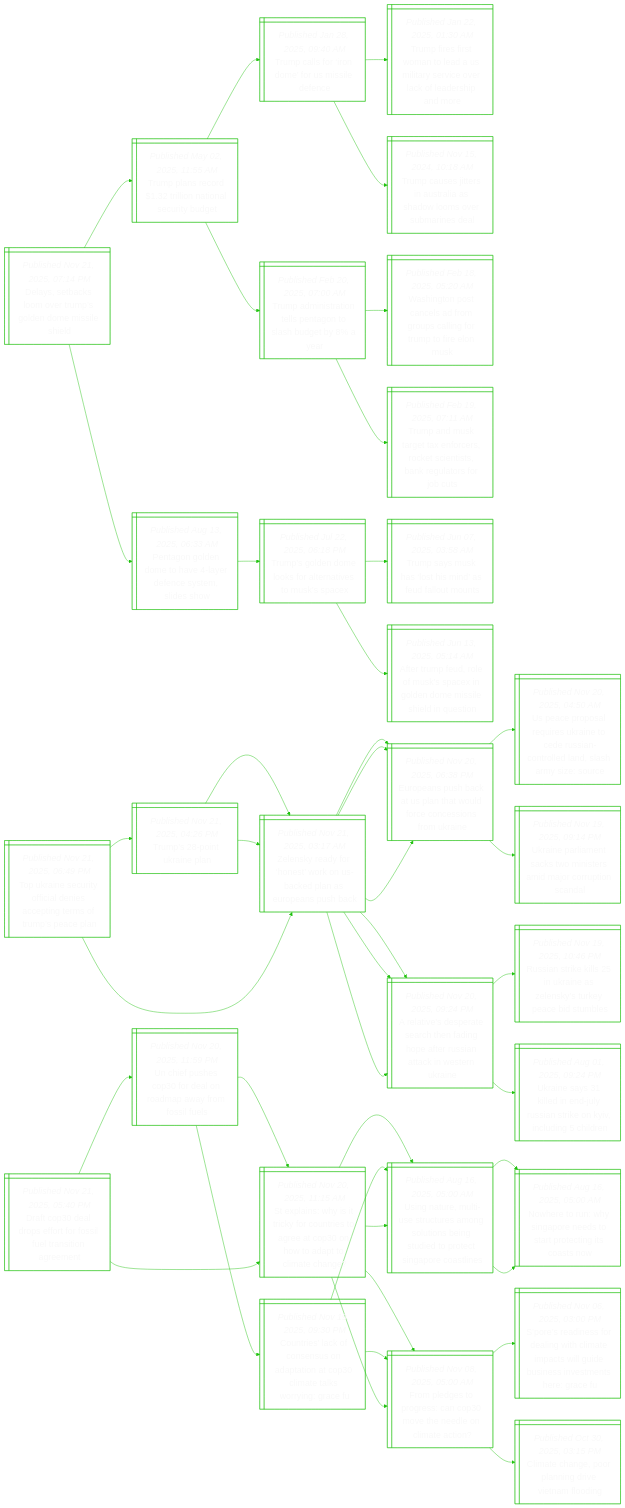
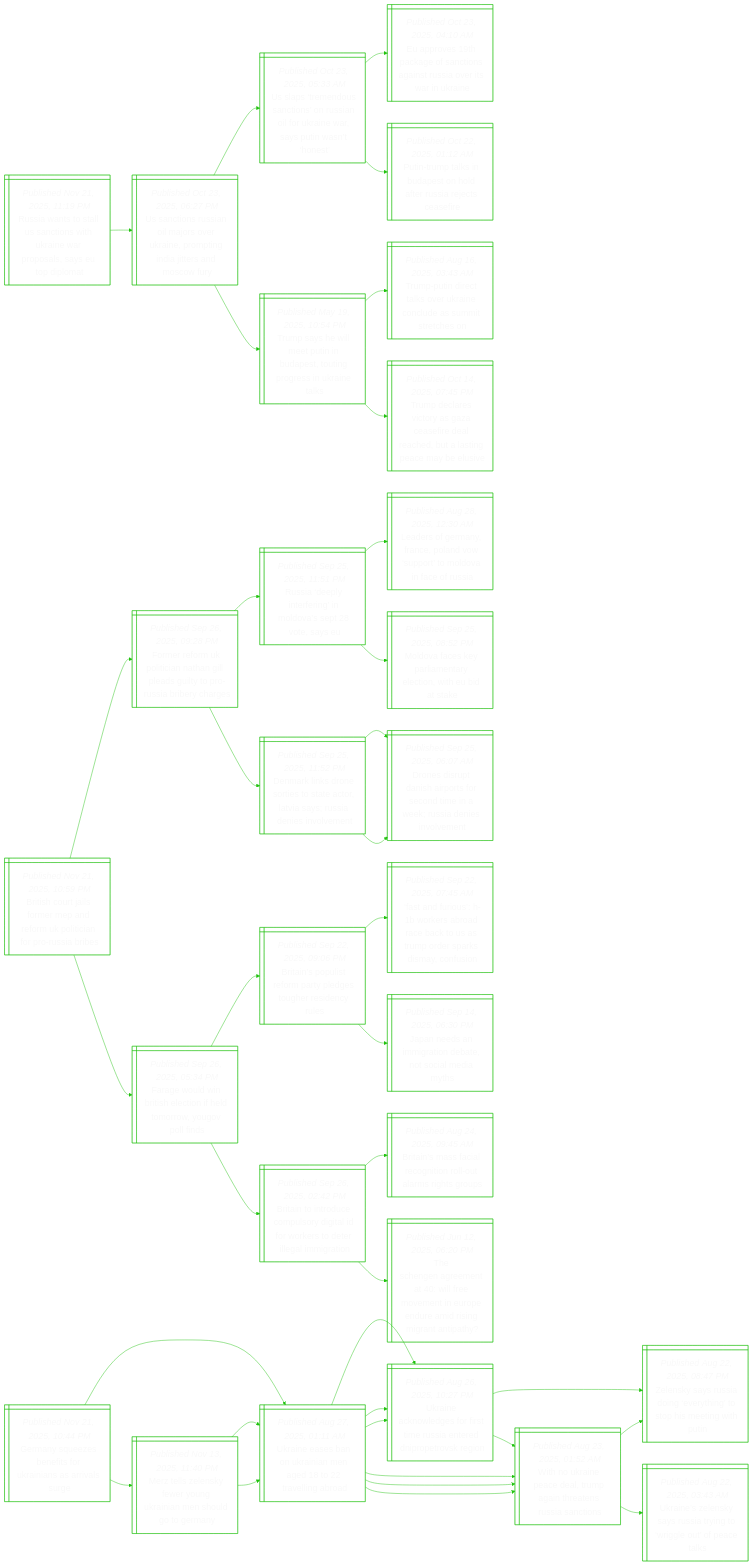
Before and after one commit to notJmes/notJmes: the diagram in README.md, drawn with Mermaid. The commit also changed other lines of this file, not shown here.

````diff
--- a/README.md
+++ b/README.md
@@ -16,133 +16,121 @@
 flowchart LR
 classDef txtsize font-size:20px;
 
-Dsaoemlossd@{ shape: win-pane, label: "_Published Nov 21, 2025, 07:14 PM_
-Delays, setbacks loom over trump’s golden dome missile shield" }
-Tprdlaaubt@{ shape: win-pane, label: "_Published May 02, 2025, 11:55 AM_
-Trump plans record $1.32 trillion national security budget" }
-TcfoeSif@{ shape: win-pane, label: "_Published Jan 28, 2025, 09:40 AM_
-Trump calls for ‘iron dome’ for us missile defence" }
-Tffwtdirvvcesne@{ shape: win-pane, label: "_Published Jan 22, 2025, 01:30 AM_
-Trump fires first woman to lead a us military service over lack of leadership and more" }
-TcseAasomras@{ shape: win-pane, label: "_Published Nov 15, 2024, 10:18 AM_
-Trump causes jitters in australia as shadow looms over submarines deal" }
-Taiteeoluba@{ shape: win-pane, label: "_Published Feb 20, 2025, 07:00 AM_
-Trump administration tells pentagon to slash budget by 8% a year" }
-WnPasoulfufls@{ shape: win-pane, label: "_Published Feb 18, 2025, 05:20 AM_
-Washington post cancels ad from groups calling for trump to fire elon musk" }
-Tasgxrrtnsrafb@{ shape: win-pane, label: "_Published Feb 19, 2025, 07:11 AM_
-Trump and musk target tax enforcers, rocket scientists, bank regulators for job cuts" }
-Pglohaeeedo@{ shape: win-pane, label: "_Published Aug 13, 2025, 06:33 AM_
-Pentagon golden dome to have 4-layer defence system, slides show" }
-Tseeslassa@{ shape: win-pane, label: "_Published Jul 22, 2025, 06:18 PM_
-Trump’s golden dome looks for alternatives to musk’s spacex" }
-Tsushnelms@{ shape: win-pane, label: "_Published Jun 07, 2025, 03:58 AM_
-Trump says musk has ‘lost his mind’ as feud fallout mounts" }
-ATfoMSXlossden@{ shape: win-pane, label: "_Published Jun 13, 2025, 05:14 AM_
-After trump feud, role of musk's spacex in golden dome missile shield in question" }
+Rasasiirwolspo@{ shape: win-pane, label: "_Published Nov 21, 2025, 11:19 PM_
+Russia wants to stall us sanctions with ukraine war proposals, says eu top diplomat" }
+Ucsilrrionitncr@{ shape: win-pane, label: "_Published Oct 23, 2025, 06:27 PM_
+Us sanctions russian oil majors over ukraine, prompting india jitters and moscow fury" }
+UpmucssorirPwht@{ shape: win-pane, label: "_Published Oct 23, 2025, 05:33 AM_
+Us slaps ‘tremendous sanctions’ on russian oil for ukraine war, says putin wasn’t ‘honest’" }
+ErtkftassewUn@{ shape: win-pane, label: "_Published Oct 23, 2025, 04:10 AM_
+Eu approves 19th package of sanctions against russia over its war in ukraine" }
+PTtiaodrieei@{ shape: win-pane, label: "_Published Oct 22, 2025, 01:12 AM_
+Putin-trump talks in budapest on hold after russia rejects ceasefire" }
+Tsemunpogrnil@{ shape: win-pane, label: "_Published May 19, 2025, 10:54 PM_
+Trump says he will meet putin in budapest, touting progress in ukraine talks" }
+TPdtsUncamre@{ shape: win-pane, label: "_Published Aug 16, 2025, 03:43 AM_
+Trump-putin direct talks over ukraine conclude as summit stretches on" }
+Tdrcaaededlncbs@{ shape: win-pane, label: "_Published Oct 14, 2025, 07:45 PM_
+Trump declares victory as gaza ceasefire deal reached, but a lasting peace may be elusive" }
 
-Dsaoemlossd:::txtsize --> Tprdlaaubt:::txtsize
-Tprdlaaubt:::txtsize --> TcfoeSif:::txtsize
-TcfoeSif:::txtsize --> Tffwtdirvvcesne:::txtsize
-TcfoeSif:::txtsize --> TcseAasomras:::txtsize
-Tprdlaaubt:::txtsize --> Taiteeoluba:::txtsize
-Taiteeoluba:::txtsize --> WnPasoulfufls:::txtsize
-Taiteeoluba:::txtsize --> Tasgxrrtnsrafb:::txtsize
-Dsaoemlossd:::txtsize --> Pglohaeeedo:::txtsize
-Pglohaeeedo:::txtsize --> Tseeslassa:::txtsize
-Tseeslassa:::txtsize --> Tsushnelms:::txtsize
-Tseeslassa:::txtsize --> ATfoMSXlossden:::txtsize
+Rasasiirwolspo:::txtsize --> Ucsilrrionitncr:::txtsize
+Ucsilrrionitncr:::txtsize --> UpmucssorirPwht:::txtsize
+UpmucssorirPwht:::txtsize --> ErtkftassewUn:::txtsize
+UpmucssorirPwht:::txtsize --> PTtiaodrieei:::txtsize
+Ucsilrrionitncr:::txtsize --> Tsemunpogrnil:::txtsize
+Tsemunpogrnil:::txtsize --> TPdtsUncamre:::txtsize
+Tsemunpogrnil:::txtsize --> Tdrcaaededlncbs:::txtsize
 
-Trsifleegsuel@{ shape: win-pane, label: "_Published Nov 21, 2025, 06:49 PM_
-Top ukraine security official denies accepting terms of trump’s peace plan" }
-Tstia@{ shape: win-pane, label: "_Published Nov 21, 2025, 04:26 PM_
-Trump’s 28-point ukraine plan" }
-Zsarskbdaosb@{ shape: win-pane, label: "_Published Nov 21, 2025, 03:17 AM_
-Zelensky ready for ‘honest’ work on us-backed plan as europeans push back" }
-EeucStooosfke@{ shape: win-pane, label: "_Published Nov 20, 2025, 06:38 PM_
-Europeans push back at us plan that would force concessions from ukraine" }
-Atdretahfunceni@{ shape: win-pane, label: "_Published Nov 20, 2025, 09:24 PM_
-A relative’s desperate search then fading hope after russian attack in western ukraine" }
-Zsarskbdaosb@{ shape: win-pane, label: "_Published Nov 21, 2025, 03:17 AM_
-Zelensky ready for ‘honest’ work on us-backed plan as europeans push back" }
-EeucStooosfke@{ shape: win-pane, label: "_Published Nov 20, 2025, 06:38 PM_
-Europeans push back at us plan that would force concessions from ukraine" }
-Atdretahfunceni@{ shape: win-pane, label: "_Published Nov 20, 2025, 09:24 PM_
-A relative’s desperate search then fading hope after russian attack in western ukraine" }
-Zsarskbdaosb@{ shape: win-pane, label: "_Published Nov 21, 2025, 03:17 AM_
-Zelensky ready for ‘honest’ work on us-backed plan as europeans push back" }
-EeucStooosfke@{ shape: win-pane, label: "_Published Nov 20, 2025, 06:38 PM_
-Europeans push back at us plan that would force concessions from ukraine" }
-UcprrrteinlnsySe@{ shape: win-pane, label: "_Published Nov 20, 2025, 04:50 AM_
-Us peace proposal requires ukraine to cede russian-controlled land, slash army size: source" }
-Unlnkmtmjria@{ shape: win-pane, label: "_Published Nov 19, 2025, 09:14 PM_
-Ukraine parliament sacks two ministers amid major corruption scandal" }
-Atdretahfunceni@{ shape: win-pane, label: "_Published Nov 20, 2025, 09:24 PM_
-A relative’s desperate search then fading hope after russian attack in western ukraine" }
-RailUnekreim@{ shape: win-pane, label: "_Published Nov 19, 2025, 10:46 PM_
-Russian strike kills 25 in ukraine as zelensky’s turkey peace bid stumbles" }
-Unsenyirnidhe@{ shape: win-pane, label: "_Published Aug 01, 2025, 09:24 PM_
-Ukraine says 31 killed in end-july russian strike on kyiv, including 5 children" }
+BsrlmPeUiapsr@{ shape: win-pane, label: "_Published Nov 21, 2025, 10:59 PM_
+British court jails former mep and reform uk politician for pro-russia bribes" }
+FrrocaGlgyoibhs@{ shape: win-pane, label: "_Published Sep 26, 2025, 09:28 PM_
+Former reform uk politician nathan gill  pleads guilty to pro-russia bribery charges" }
+RaleiMvpeE@{ shape: win-pane, label: "_Published Sep 25, 2025, 11:51 PM_
+Russia ‘deeply interfering’ in moldova’s sept 28 vote, says eu" }
+LreycawoMvaRa@{ shape: win-pane, label: "_Published Aug 28, 2025, 12:30 AM_
+Leaders of germany, france, poland vow ‘support’ to moldova in face of russia" }
+MvepaaenEak@{ shape: win-pane, label: "_Published Sep 25, 2025, 08:52 PM_
+Moldova faces key parliamentary election, with eu bid at stake" }
+Drkntoerisiivm@{ shape: win-pane, label: "_Published Sep 25, 2025, 11:52 PM_
+Denmark links drone sorties to state actor, latvia says; russia denies involvement" }
+Dsunitsdiesnne@{ shape: win-pane, label: "_Published Sep 25, 2025, 06:07 AM_
+Drones disrupt danish airports for second time in a week; russia denies involvement" }
+Dsunitsdiesnne@{ shape: win-pane, label: "_Published Sep 25, 2025, 06:07 AM_
+Drones disrupt danish airports for second time in a week; russia denies involvement" }
+Fedrhtftruon@{ shape: win-pane, label: "_Published Sep 26, 2025, 05:34 PM_
+Farage would win british election if held tomorrow, yougov poll finds" }
+Biptrtdordr@{ shape: win-pane, label: "_Published Sep 22, 2025, 09:06 PM_
+Britain’s populist reform party pledges tougher residency rules" }
+FniBeracSudaics@{ shape: win-pane, label: "_Published Sep 22, 2025, 07:45 AM_
+‘fast and furious’: h-1b workers abroad race back to us as trump order sparks dismay, confusion" }
+Jnaiiboidt@{ shape: win-pane, label: "_Published Sep 14, 2025, 06:30 PM_
+Japan needs an immigration debate, not social media myths" }
+BinumogIwrellgo@{ shape: win-pane, label: "_Published Sep 26, 2025, 02:42 PM_
+Britain to introduce compulsory digital id for workers to deter illegal immigration" }
+Bisictotmho@{ shape: win-pane, label: "_Published Aug 24, 2025, 09:45 AM_
+Britain’s mass facial recognition roll-out alarms rights groups" }
+ThnealmeEerdnrnt@{ shape: win-pane, label: "_Published Jun 12, 2025, 06:20 PM_
+The schengen agreement at 40: will free movement in europe endure amid rising migrant antipathy?" }
 
-Trsifleegsuel:::txtsize --> Tstia:::txtsize
-Tstia:::txtsize --> Zsarskbdaosb:::txtsize
-Zsarskbdaosb:::txtsize --> EeucStooosfke:::txtsize
-Zsarskbdaosb:::txtsize --> Atdretahfunceni:::txtsize
-Tstia:::txtsize --> Zsarskbdaosb:::txtsize
-Zsarskbdaosb:::txtsize --> EeucStooosfke:::txtsize
-Zsarskbdaosb:::txtsize --> Atdretahfunceni:::txtsize
-Trsifleegsuel:::txtsize --> Zsarskbdaosb:::txtsize
-Zsarskbdaosb:::txtsize --> EeucStooosfke:::txtsize
-EeucStooosfke:::txtsize --> UcprrrteinlnsySe:::txtsize
-EeucStooosfke:::txtsize --> Unlnkmtmjria:::txtsize
-Zsarskbdaosb:::txtsize --> Atdretahfunceni:::txtsize
-Atdretahfunceni:::txtsize --> RailUnekreim:::txtsize
-Atdretahfunceni:::txtsize --> Unsenyirnidhe:::txtsize
+BsrlmPeUiapsr:::txtsize --> FrrocaGlgyoibhs:::txtsize
+FrrocaGlgyoibhs:::txtsize --> RaleiMvpeE:::txtsize
+RaleiMvpeE:::txtsize --> LreycawoMvaRa:::txtsize
+RaleiMvpeE:::txtsize --> MvepaaenEak:::txtsize
+FrrocaGlgyoibhs:::txtsize --> Drkntoerisiivm:::txtsize
+Drkntoerisiivm:::txtsize --> Dsunitsdiesnne:::txtsize
+Drkntoerisiivm:::txtsize --> Dsunitsdiesnne:::txtsize
+BsrlmPeUiapsr:::txtsize --> Fedrhtftruon:::txtsize
+Fedrhtftruon:::txtsize --> Biptrtdordr:::txtsize
+Biptrtdordr:::txtsize --> FniBeracSudaics:::txtsize
+Biptrtdordr:::txtsize --> Jnaiiboidt:::txtsize
+Fedrhtftruon:::txtsize --> BinumogIwrellgo:::txtsize
+BinumogIwrellgo:::txtsize --> Bisictotmho:::txtsize
+BinumogIwrellgo:::txtsize --> ThnealmeEerdnrnt:::txtsize
 
-DCaporilsne@{ shape: win-pane, label: "_Published Nov 21, 2025, 05:40 PM_
-Draft cop30 deal drops effort for fossil fuel transition agreement" }
-UehPerayfls@{ shape: win-pane, label: "_Published Nov 20, 2025, 11:59 PM_
-Un chief pushes cop30 for deal on roadmap away from fossil fuels" }
-SlWicrtteOodoaa@{ shape: win-pane, label: "_Published Nov 20, 2025, 11:15 AM_
-St explains: why is it tricky for countries to agree at cop30 on how to adapt to climate change?" }
-Uneitumooiuttioan@{ shape: win-pane, label: "_Published Aug 16, 2025, 05:00 AM_
-Using nature, multi-use structures among solutions being studied to protect singapore coastlines" }
-FlsosOeeomc@{ shape: win-pane, label: "_Published Nov 08, 2025, 05:00 AM_
-From pledges to progress: can cop30 move the needle on climate action?" }
-CracnntnPalrge@{ shape: win-pane, label: "_Published Nov 19, 2025, 09:30 PM_
-Countries’ lack of consensus on adaptation at cop30 climate talks worrying: grace fu" }
-Uneitumooiuttioan@{ shape: win-pane, label: "_Published Aug 16, 2025, 05:00 AM_
-Using nature, multi-use structures among solutions being studied to protect singapore coastlines" }
-FlsosOeeomc@{ shape: win-pane, label: "_Published Nov 08, 2025, 05:00 AM_
-From pledges to progress: can cop30 move the needle on climate action?" }
-SlWicrtteOodoaa@{ shape: win-pane, label: "_Published Nov 20, 2025, 11:15 AM_
-St explains: why is it tricky for countries to agree at cop30 on how to adapt to climate change?" }
-Uneitumooiuttioan@{ shape: win-pane, label: "_Published Aug 16, 2025, 05:00 AM_
-Using nature, multi-use structures among solutions being studied to protect singapore coastlines" }
-NruSpeotegon@{ shape: win-pane, label: "_Published Aug 16, 2025, 05:00 AM_
-Nowhere to run: why singapore needs to start protecting its coasts now" }
-NruSpeotegon@{ shape: win-pane, label: "_Published Aug 16, 2025, 05:00 AM_
-Nowhere to run: why singapore needs to start protecting its coasts now" }
-FlsosOeeomc@{ shape: win-pane, label: "_Published Nov 08, 2025, 05:00 AM_
-From pledges to progress: can cop30 move the needle on climate action?" }
-SsifawlecldiitsGF@{ shape: win-pane, label: "_Published Nov 06, 2025, 03:00 PM_
-S’pore’s readiness for dealing with climate impacts will guide business investments here: grace fu" }
-CtnondVao@{ shape: win-pane, label: "_Published Oct 30, 2025, 03:15 PM_
-Climate change, poor planning drive vietnam flooding" }
+Gnebirisrse@{ shape: win-pane, label: "_Published Nov 21, 2025, 10:44 PM_
+Germany squeezes benefits for ukrainians as arrivals surge" }
+Uneoangtlad@{ shape: win-pane, label: "_Published Aug 27, 2025, 01:11 AM_
+Ukraine eases ban on ukrainian men aged 18 to 22 travelling abroad" }
+Unndoseienpvg@{ shape: win-pane, label: "_Published Aug 26, 2025, 10:27 PM_
+Ukraine acknowledges for first time russia entered dnipropetrovsk region" }
+Zsysieisitit@{ shape: win-pane, label: "_Published Aug 22, 2025, 08:47 PM_
+Zelensky says russia doing ‘everything’ to stop his meeting with putin" }
+Woiaamiesics@{ shape: win-pane, label: "_Published Aug 23, 2025, 01:52 AM_
+With no ukraine peace deal, trump again threatens russia sanctions" }
+Woiaamiesics@{ shape: win-pane, label: "_Published Aug 23, 2025, 01:52 AM_
+With no ukraine peace deal, trump again threatens russia sanctions" }
+UnlyRanrefes@{ shape: win-pane, label: "_Published Aug 22, 2025, 03:43 AM_
+Ukraine’s zelensky says russia trying to ‘wriggle out’ of peace talks" }
+Zsysieisitit@{ shape: win-pane, label: "_Published Aug 22, 2025, 08:47 PM_
+Zelensky says russia doing ‘everything’ to stop his meeting with putin" }
+Meekenanhgey@{ shape: win-pane, label: "_Published Nov 13, 2025, 11:40 PM_
+Merz tells zelensky fewer young ukrainian men should go to germany" }
+Uneoangtlad@{ shape: win-pane, label: "_Published Aug 27, 2025, 01:11 AM_
+Ukraine eases ban on ukrainian men aged 18 to 22 travelling abroad" }
+Unndoseienpvg@{ shape: win-pane, label: "_Published Aug 26, 2025, 10:27 PM_
+Ukraine acknowledges for first time russia entered dnipropetrovsk region" }
+Woiaamiesics@{ shape: win-pane, label: "_Published Aug 23, 2025, 01:52 AM_
+With no ukraine peace deal, trump again threatens russia sanctions" }
+Uneoangtlad@{ shape: win-pane, label: "_Published Aug 27, 2025, 01:11 AM_
+Ukraine eases ban on ukrainian men aged 18 to 22 travelling abroad" }
+Unndoseienpvg@{ shape: win-pane, label: "_Published Aug 26, 2025, 10:27 PM_
+Ukraine acknowledges for first time russia entered dnipropetrovsk region" }
+Woiaamiesics@{ shape: win-pane, label: "_Published Aug 23, 2025, 01:52 AM_
+With no ukraine peace deal, trump again threatens russia sanctions" }
 
-DCaporilsne:::txtsize --> UehPerayfls:::txtsize
-UehPerayfls:::txtsize --> SlWicrtteOodoaa:::txtsize
-SlWicrtteOodoaa:::txtsize --> Uneitumooiuttioan:::txtsize
-SlWicrtteOodoaa:::txtsize --> FlsosOeeomc:::txtsize
-UehPerayfls:::txtsize --> CracnntnPalrge:::txtsize
-CracnntnPalrge:::txtsize --> Uneitumooiuttioan:::txtsize
-CracnntnPalrge:::txtsize --> FlsosOeeomc:::txtsize
-DCaporilsne:::txtsize --> SlWicrtteOodoaa:::txtsize
-SlWicrtteOodoaa:::txtsize --> Uneitumooiuttioan:::txtsize
-Uneitumooiuttioan:::txtsize --> NruSpeotegon:::txtsize
-Uneitumooiuttioan:::txtsize --> NruSpeotegon:::txtsize
-SlWicrtteOodoaa:::txtsize --> FlsosOeeomc:::txtsize
-FlsosOeeomc:::txtsize --> SsifawlecldiitsGF:::txtsize
-FlsosOeeomc:::txtsize --> CtnondVao:::txtsize
+Gnebirisrse:::txtsize --> Uneoangtlad:::txtsize
+Uneoangtlad:::txtsize --> Unndoseienpvg:::txtsize
+Unndoseienpvg:::txtsize --> Zsysieisitit:::txtsize
+Unndoseienpvg:::txtsize --> Woiaamiesics:::txtsize
+Uneoangtlad:::txtsize --> Woiaamiesics:::txtsize
+Woiaamiesics:::txtsize --> UnlyRanrefes:::txtsize
+Woiaamiesics:::txtsize --> Zsysieisitit:::txtsize
+Gnebirisrse:::txtsize --> Meekenanhgey:::txtsize
+Meekenanhgey:::txtsize --> Uneoangtlad:::txtsize
+Uneoangtlad:::txtsize --> Unndoseienpvg:::txtsize
+Uneoangtlad:::txtsize --> Woiaamiesics:::txtsize
+Meekenanhgey:::txtsize --> Uneoangtlad:::txtsize
+Uneoangtlad:::txtsize --> Unndoseienpvg:::txtsize
+Uneoangtlad:::txtsize --> Woiaamiesics:::txtsize
 
 ```
````
